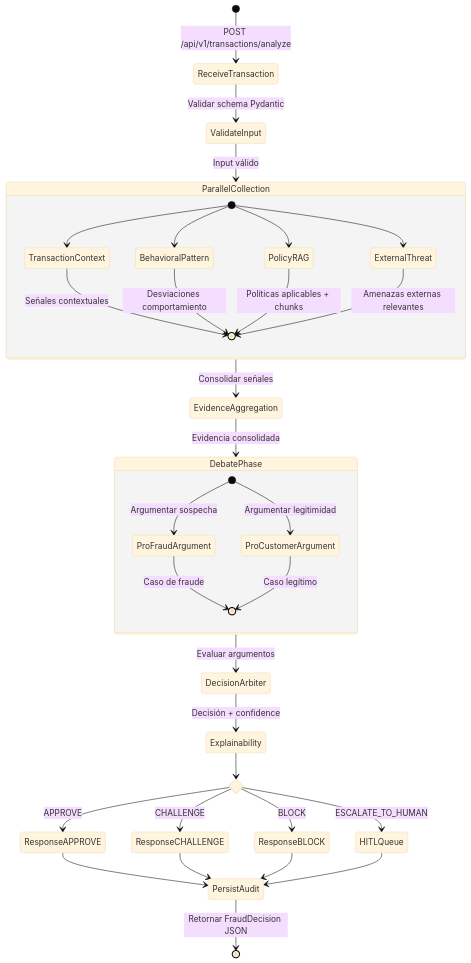
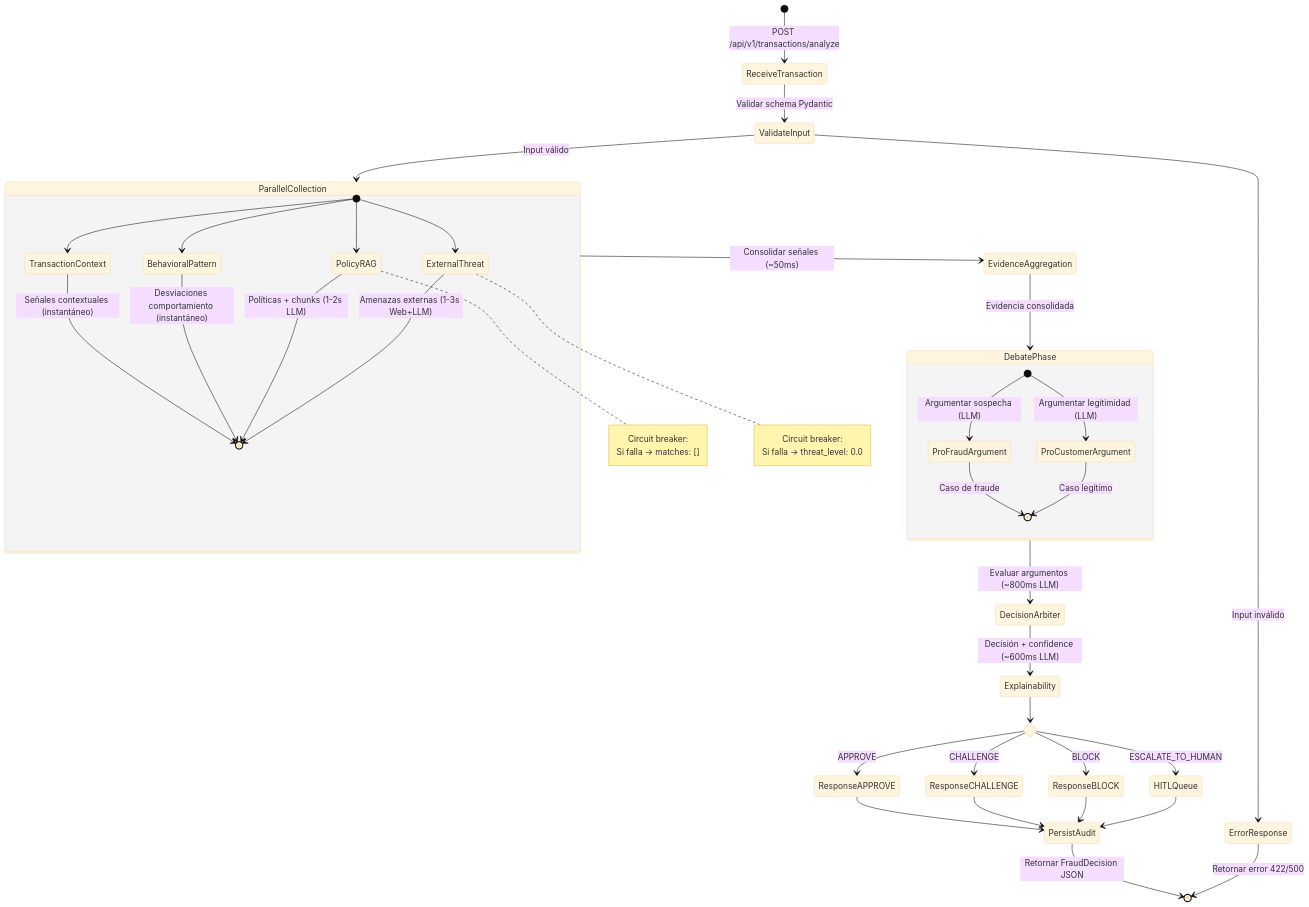
Before and after one commit to miguelsff/fraud-detection-multi-agent-system: the second of 10 diagrams in .claude/docs/arquitectura-sistema.md, drawn with Mermaid (base theme). The commit also changed other lines of this file and 1 other file, not shown here.

Commit message:
docs: architecture doc updated

````diff
--- a/.claude/docs/arquitectura-sistema.md
+++ b/.claude/docs/arquitectura-sistema.md
@@ -93,49 +125,61 @@
 ```mermaid
 stateDiagram-v2
     [*] --> ReceiveTransaction: POST /api/v1/transactions/analyze
 
     ReceiveTransaction --> ValidateInput: Validar schema Pydantic
     ValidateInput --> ParallelCollection: Input válido
+    ValidateInput --> ErrorResponse: Input inválido
 
     state ParallelCollection {
         [*] --> TransactionContext
         [*] --> BehavioralPattern
         [*] --> PolicyRAG
         [*] --> ExternalThreat
 
-        TransactionContext --> [*]: Señales contextuales
-        BehavioralPattern --> [*]: Desviaciones comportamiento
-        PolicyRAG --> [*]: Políticas aplicables + chunks
-        ExternalThreat --> [*]: Amenazas externas relevantes
+        TransactionContext --> [*]: Señales contextuales (instantáneo)
+        BehavioralPattern --> [*]: Desviaciones comportamiento (instantáneo)
+        PolicyRAG --> [*]: Políticas + chunks (1-2s LLM)
+        ExternalThreat --> [*]: Amenazas externas (1-3s Web+LLM)
+
+        note right of PolicyRAG
+            Circuit breaker:
+            Si falla → matches: []
+        end note
+
+        note right of ExternalThreat
+            Circuit breaker:
+            Si falla → threat_level: 0.0
+        end note
     }
 
-    ParallelCollection --> EvidenceAggregation: Consolidar señales
+    ParallelCollection --> EvidenceAggregation: Consolidar señales (~50ms)
 
     EvidenceAggregation --> DebatePhase: Evidencia consolidada
 
     state DebatePhase {
-        [*] --> ProFraudArgument: Argumentar sospecha
-        [*] --> ProCustomerArgument: Argumentar legitimidad
+        [*] --> ProFraudArgument: Argumentar sospecha (LLM)
+        [*] --> ProCustomerArgument: Argumentar legitimidad (LLM)
         ProFraudArgument --> [*]: Caso de fraude
         ProCustomerArgument --> [*]: Caso legítimo
     }
 
-    DebatePhase --> DecisionArbiter: Evaluar argumentos
+    DebatePhase --> DecisionArbiter: Evaluar argumentos (~800ms LLM)
 
-    DecisionArbiter --> Explainability: Decisión + confidence
+    DecisionArbiter --> Explainability: Decisión + confidence (~600ms LLM)
 
     state DecisionRouting <<choice>>
     Explainability --> DecisionRouting
 
     DecisionRouting --> ResponseAPPROVE: APPROVE
     DecisionRouting --> ResponseCHALLENGE: CHALLENGE
     DecisionRouting --> ResponseBLOCK: BLOCK
     DecisionRouting --> HITLQueue: ESCALATE_TO_HUMAN
 
     ResponseAPPROVE --> PersistAudit
     ResponseCHALLENGE --> PersistAudit
     ResponseBLOCK --> PersistAudit
     HITLQueue --> PersistAudit
 
     PersistAudit --> [*]: Retornar FraudDecision JSON
+    ErrorResponse --> [*]: Retornar error 422/500
 ```
````
